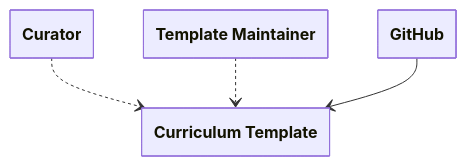
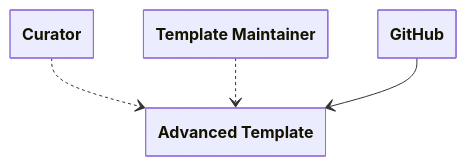
The first of 4 diagrams in architecture.md (isaqb-org/github-readme), drawn with Mermaid before and after one commit. The commit also changed other lines of this file, not shown here.

````diff
--- a/architecture.md
+++ b/architecture.md
@@ -34,17 +37,17 @@
 ```mermaid
 ---
   config:
     class:
       hideEmptyMembersBox: true
 ---
 classDiagram
     class curator["Curator"]
     class maintainer["Template Maintainer"]
-    class system["**Curriculum Template**"]
+    class template["**Advanced Template**"]
     class github["GitHub"]
 
-    curator ..> system
-    maintainer ..> system
+    curator ..> template
+    maintainer ..> template
 
-    github --> system
+    github --> template
 ```
````
